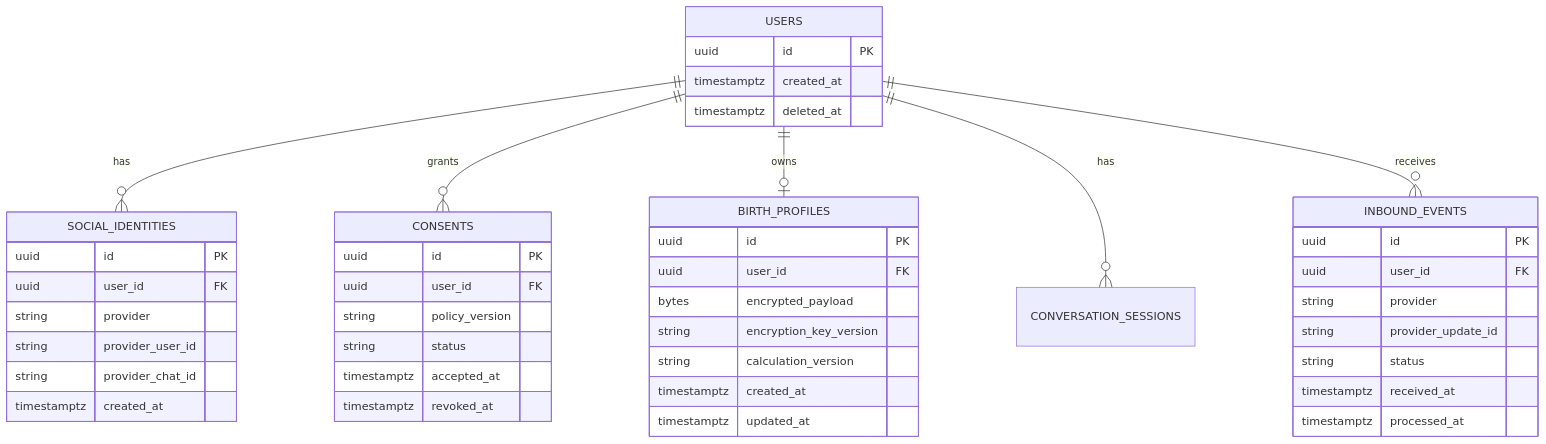
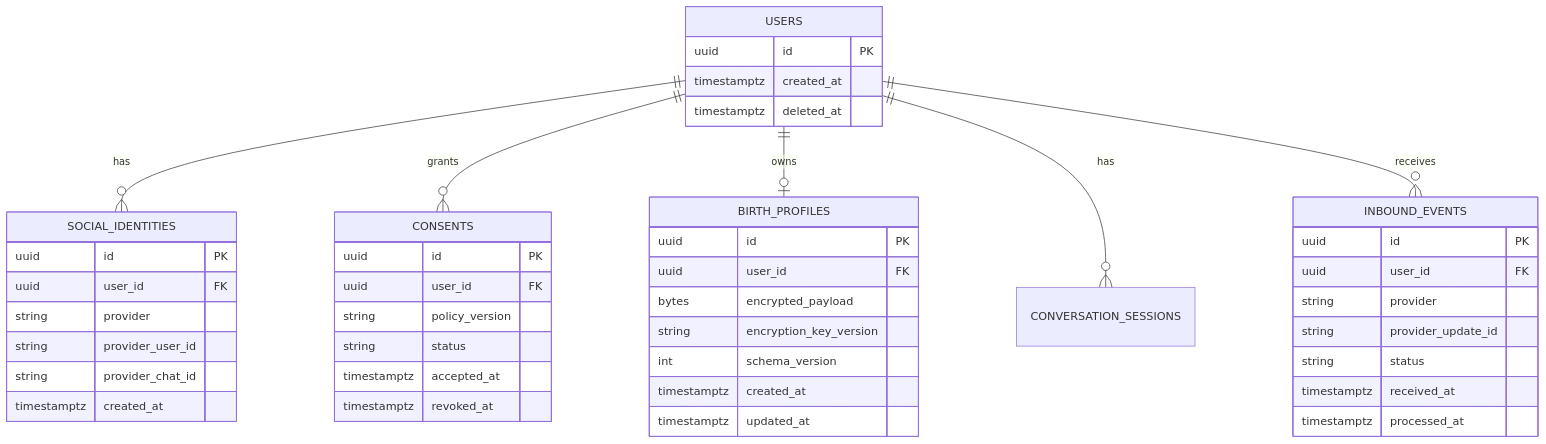
Before and after one commit to bdobrica/OriaEngine: the third of 7 diagrams in PLAN.md, drawn with Mermaid. The commit also changed other lines of this file and 16 other files, not shown here.

````diff
--- a/PLAN.md
+++ b/PLAN.md
@@ -392,52 +392,52 @@
 ```mermaid
 erDiagram
     USERS ||--o{ SOCIAL_IDENTITIES : has
     USERS ||--o{ CONSENTS : grants
     USERS ||--o| BIRTH_PROFILES : owns
     USERS ||--o{ CONVERSATION_SESSIONS : has
     USERS ||--o{ INBOUND_EVENTS : receives
 
     USERS {
         uuid id PK
         timestamptz created_at
         timestamptz deleted_at
     }
 
     SOCIAL_IDENTITIES {
         uuid id PK
         uuid user_id FK
         string provider
         string provider_user_id
         string provider_chat_id
         timestamptz created_at
     }
 
     CONSENTS {
         uuid id PK
         uuid user_id FK
         string policy_version
         string status
         timestamptz accepted_at
         timestamptz revoked_at
     }
 
     BIRTH_PROFILES {
         uuid id PK
         uuid user_id FK
         bytes encrypted_payload
         string encryption_key_version
-        string calculation_version
+        int schema_version
         timestamptz created_at
         timestamptz updated_at
     }
 
     INBOUND_EVENTS {
         uuid id PK
         uuid user_id FK
         string provider
         string provider_update_id
         string status
         timestamptz received_at
         timestamptz processed_at
     }
 ```
````
